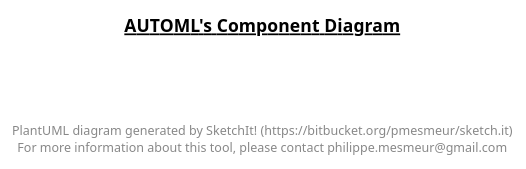
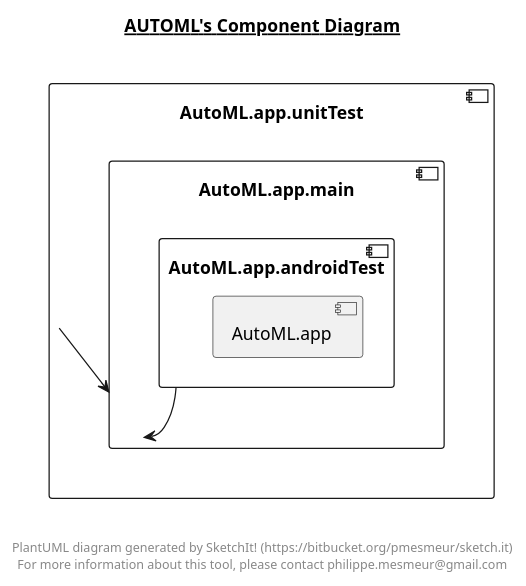
Before and after one commit to TomerReiner/AutoML: the diagram in AutoML.plantuml, drawn with PlantUML. The commit also changed 40 other files, not shown here.

```diff
--- a/AutoML.plantuml
+++ b/AutoML.plantuml
@@ -1,14 +1,31 @@
 @startuml
 
 title __AUTOML's Component Diagram__\n
 
+  component "AutoML.app.unitTest" {
+        [AutoML.app.main]
+    component "AutoML.app.main" {
+          [AutoML.app.androidTest]
+      component "AutoML.app.androidTest" {
+            [AutoML.app]
+      }
+
+
+    }
+
+
+  }
+
+
+  [AutoML.app.androidTest] --> [AutoML.app.main]
+  [AutoML.app.unitTest] --> [AutoML.app.main]
 
 
 right footer
 
 
 PlantUML diagram generated by SketchIt! (https://bitbucket.org/pmesmeur/sketch.it)
 For more information about this tool, please contact philippe.mesmeur@gmail.com
 endfooter
 
 @enduml
```
